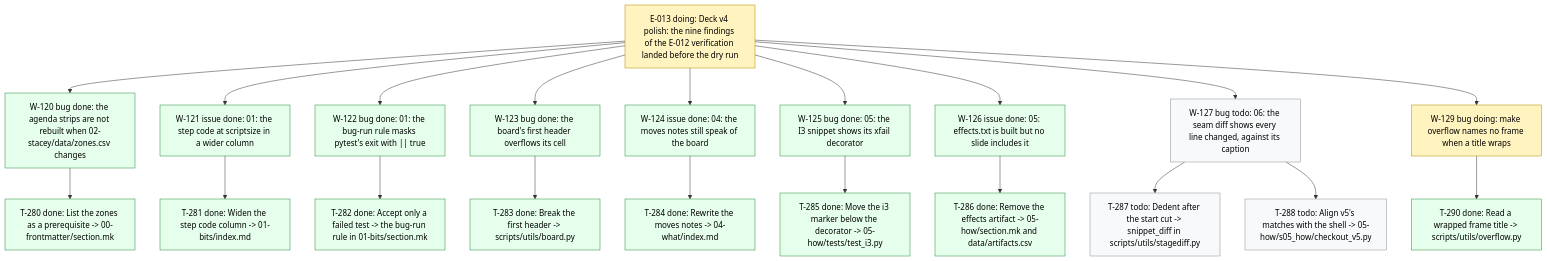
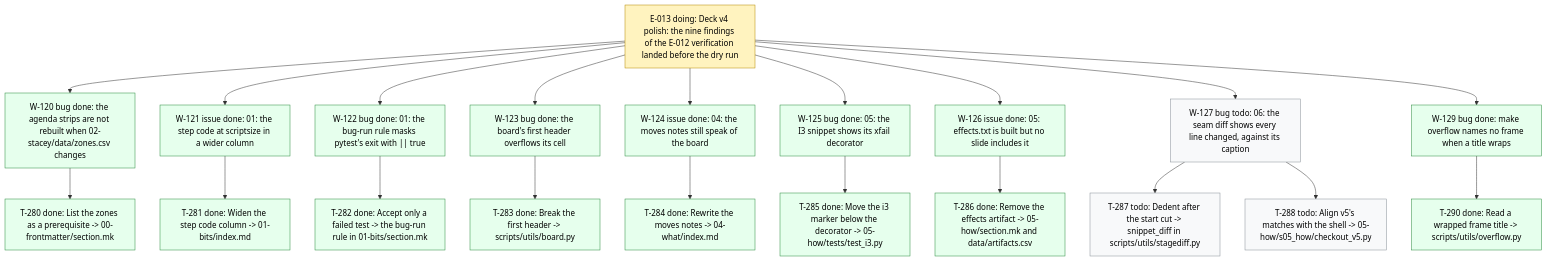
One commit to dpopchev/chaos-to-simple changed the diagram in .board/BOARD.md. Above: the diagram before and after it, drawn with Mermaid. The commit also changed other lines of this file and 1 other file, not shown here.

Commit message:
chore(board): close W-129 -- landed
Refs: W-129

````diff
--- a/.board/BOARD.md
+++ b/.board/BOARD.md
@@ -729,31 +729,31 @@
 ```mermaid
 flowchart TD
   E013["E-013 doing: Deck v4 polish: the nine findings of the E-012 verification landed before the dry run"]
   E013 --> W120["W-120 bug done: the agenda strips are not rebuilt when 02-stacey/data/zones.csv changes"]
   W120 --> T280["T-280 done: List the zones as a prerequisite -> 00-frontmatter/section.mk"]
   E013 --> W121["W-121 issue done: 01: the step code at scriptsize in a wider column"]
   W121 --> T281["T-281 done: Widen the step code column -> 01-bits/index.md"]
   E013 --> W122["W-122 bug done: 01: the bug-run rule masks pytest's exit with || true"]
   W122 --> T282["T-282 done: Accept only a failed test -> the bug-run rule in 01-bits/section.mk"]
   E013 --> W123["W-123 bug done: the board's first header overflows its cell"]
   W123 --> T283["T-283 done: Break the first header -> scripts/utils/board.py"]
   E013 --> W124["W-124 issue done: 04: the moves notes still speak of the board"]
   W124 --> T284["T-284 done: Rewrite the moves notes -> 04-what/index.md"]
   E013 --> W125["W-125 bug done: 05: the I3 snippet shows its xfail decorator"]
   W125 --> T285["T-285 done: Move the i3 marker below the decorator -> 05-how/tests/test_i3.py"]
   E013 --> W126["W-126 issue done: 05: effects.txt is built but no slide includes it"]
   W126 --> T286["T-286 done: Remove the effects artifact -> 05-how/section.mk and data/artifacts.csv"]
   E013 --> W127["W-127 bug todo: 06: the seam diff shows every line changed, against its caption"]
   W127 --> T287["T-287 todo: Dedent after the start cut -> snippet_diff in scripts/utils/stagediff.py"]
   W127 --> T288["T-288 todo: Align v5's matches with the shell -> 05-how/s05_how/checkout_v5.py"]
-  E013 --> W129["W-129 bug doing: make overflow names no frame when a title wraps"]
+  E013 --> W129["W-129 bug done: make overflow names no frame when a title wraps"]
   W129 --> T290["T-290 done: Read a wrapped frame title -> scripts/utils/overflow.py"]
   classDef doing fill:#fff3bf,stroke:#b58900,color:#000;
   classDef blocked fill:#ffe3e3,stroke:#c92a2a,color:#000;
   classDef done fill:#e6ffed,stroke:#2b8a3e,color:#000;
   classDef todo fill:#f8f9fa,stroke:#868e96,color:#000;
   classDef pruned fill:#f1f3f5,stroke:#adb5bd,color:#000;
-  class E013,W129 doing
-  class W120,T280,W121,T281,W122,T282,W123,T283,W124,T284,W125,T285,W126,T286,T290 done
+  class E013 doing
+  class W120,T280,W121,T281,W122,T282,W123,T283,W124,T284,W125,T285,W126,T286,W129,T290 done
   class W127,T287,T288 todo
 ```
````
